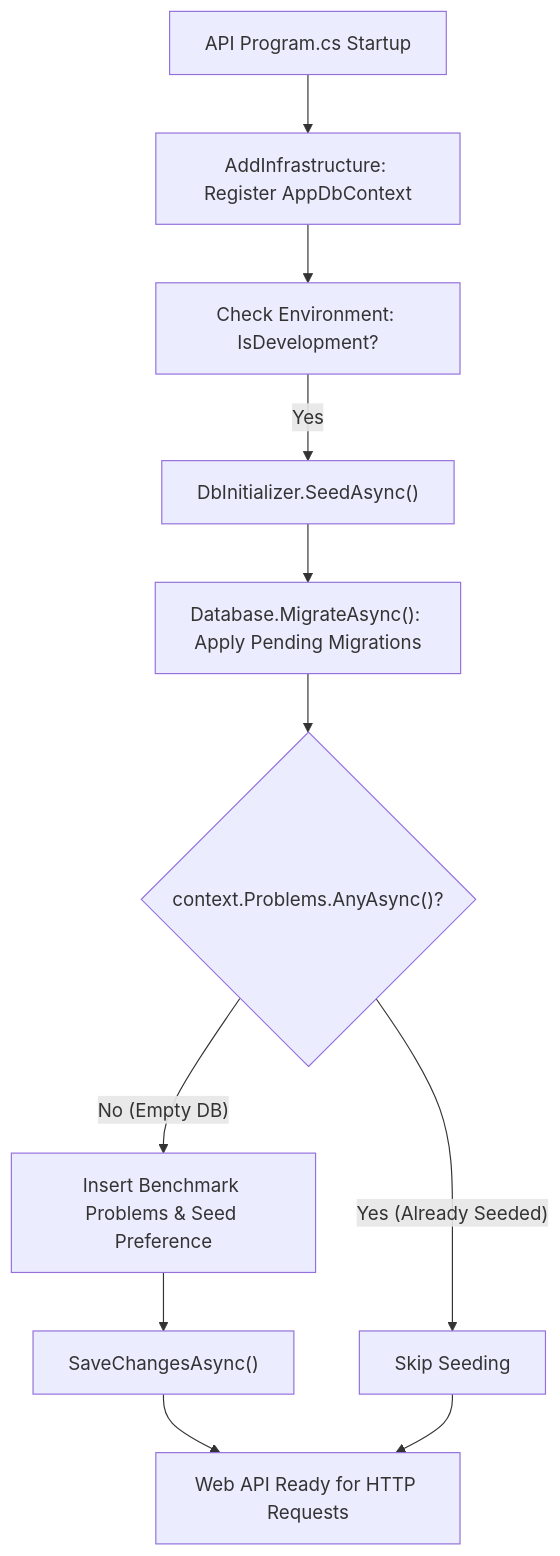
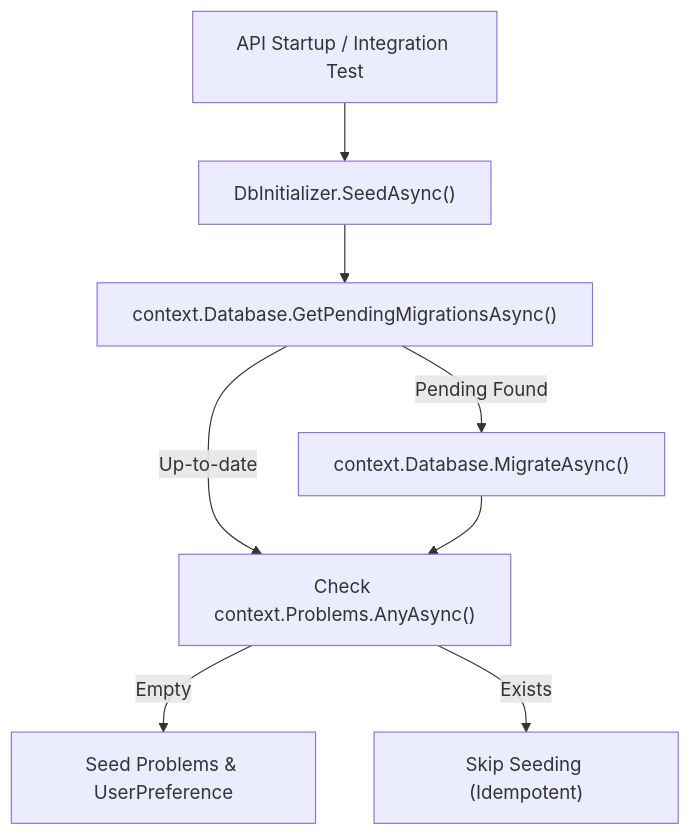
The third of 5 diagrams in docs/LEARNING-LOG.md (Ariram06/CodeXO), drawn with Mermaid before and after one commit. The commit also changed other lines of this file and 2 other files, not shown here.

Commit message:
docs: update API documentation, database design, and learning log for M3

````diff
--- a/docs/LEARNING-LOG.md
+++ b/docs/LEARNING-LOG.md
@@ -175,13 +151,10 @@
 ```mermaid
 graph TD
-    A["API Program.cs Startup"] --> B["AddInfrastructure: Register AppDbContext"]
-    B --> C["Check Environment: IsDevelopment?"]
-    C -->|"Yes"| D["DbInitializer.SeedAsync()"]
-    D --> E["Database.MigrateAsync(): Apply Pending Migrations"]
-    E --> F{"context.Problems.AnyAsync()?"}
-    F -->|"No (Empty DB)"| G["Insert Benchmark Problems & Seed Preference"]
-    F -->|"Yes (Already Seeded)"| H["Skip Seeding"]
-    G --> I["SaveChangesAsync()"]
-    I --> J["Web API Ready for HTTP Requests"]
-    H --> J
+    A["API Startup / Integration Test"] --> B["DbInitializer.SeedAsync()"]
+    B --> C["context.Database.GetPendingMigrationsAsync()"]
+    C -->|"Pending Found"| D["context.Database.MigrateAsync()"]
+    C -->|"Up-to-date"| E["Check context.Problems.AnyAsync()"]
+    D --> E
+    E -->|"Empty"| F["Seed Problems & UserPreference"]
+    E -->|"Exists"| G["Skip Seeding (Idempotent)"]
 ```
````
